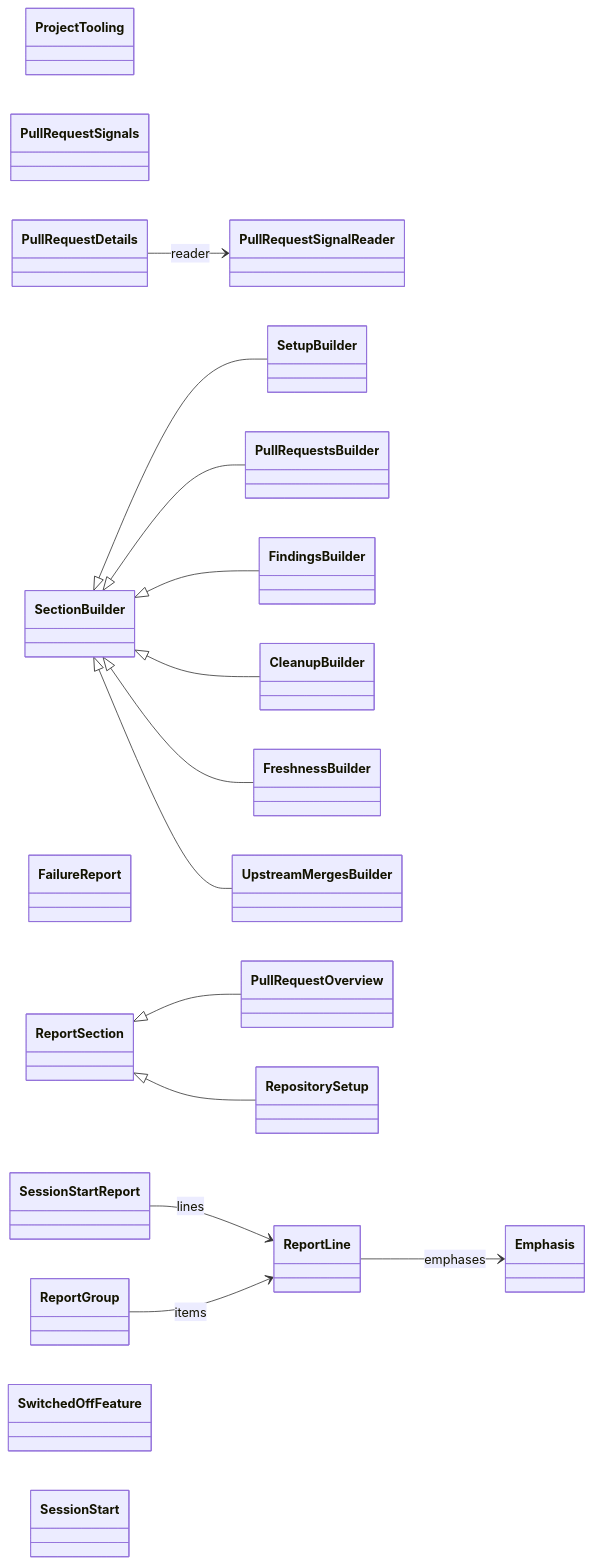
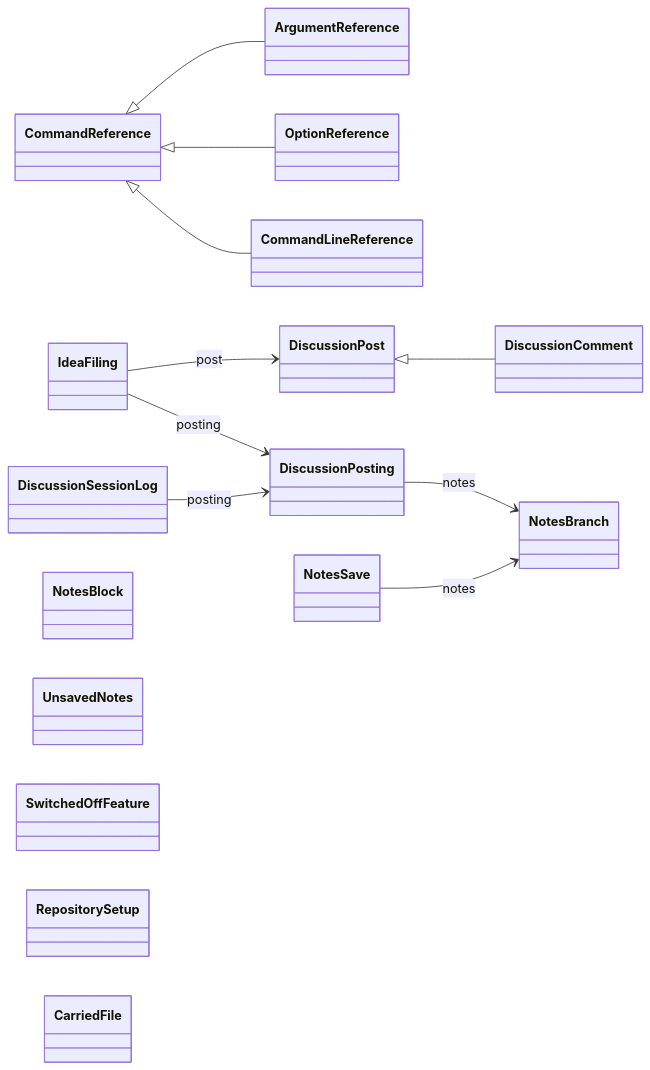
One commit to LucaKro/GitHubWorkflow changed the ninth of 10 diagrams in README.md. Above: the diagram before and after it, drawn with Mermaid. The commit also changed other lines of this file and 34 other files, not shown here.

First line of the commit message:
Declare the architecture diagrams in pyproject.toml and draw any project's

````diff
--- a/README.md
+++ b/README.md
@@ -454,37 +474,29 @@
 ```mermaid
 classDiagram
     direction LR
-    class ProjectTooling
-    class PullRequestSignals
-    class PullRequestSignalReader
-    class PullRequestOverview
-    class PullRequestDetails
-    class SectionBuilder
-    class SetupBuilder
-    class PullRequestsBuilder
-    class FindingsBuilder
-    class CleanupBuilder
-    class FreshnessBuilder
-    class UpstreamMergesBuilder
-    class FailureReport
-    class Emphasis
-    class ReportLine
-    class SessionStartReport
-    class ReportSection
-    class ReportGroup
+    class DiscussionPost
+    class DiscussionComment
+    class DiscussionPosting
+    class IdeaFiling
+    class DiscussionSessionLog
+    class NotesBranch
+    class CommandReference
+    class CommandLineReference
+    class OptionReference
+    class ArgumentReference
+    class NotesBlock
+    class NotesSave
+    class UnsavedNotes
     class SwitchedOffFeature
     class RepositorySetup
-    class SessionStart
-    ReportSection <|-- PullRequestOverview
-    SectionBuilder <|-- SetupBuilder
-    SectionBuilder <|-- PullRequestsBuilder
-    SectionBuilder <|-- FindingsBuilder
-    SectionBuilder <|-- CleanupBuilder
-    SectionBuilder <|-- FreshnessBuilder
-    SectionBuilder <|-- UpstreamMergesBuilder
-    ReportSection <|-- RepositorySetup
-    PullRequestDetails --> PullRequestSignalReader : reader
-    ReportLine --> Emphasis : emphases
-    SessionStartReport --> ReportLine : lines
-    ReportGroup --> ReportLine : items
+    class CarriedFile
+    DiscussionPost <|-- DiscussionComment
+    CommandReference <|-- CommandLineReference
+    CommandReference <|-- OptionReference
+    CommandReference <|-- ArgumentReference
+    DiscussionPosting --> NotesBranch : notes
+    IdeaFiling --> DiscussionPosting : posting
+    IdeaFiling --> DiscussionPost : post
+    DiscussionSessionLog --> DiscussionPosting : posting
+    NotesSave --> NotesBranch : notes
 ```
````
